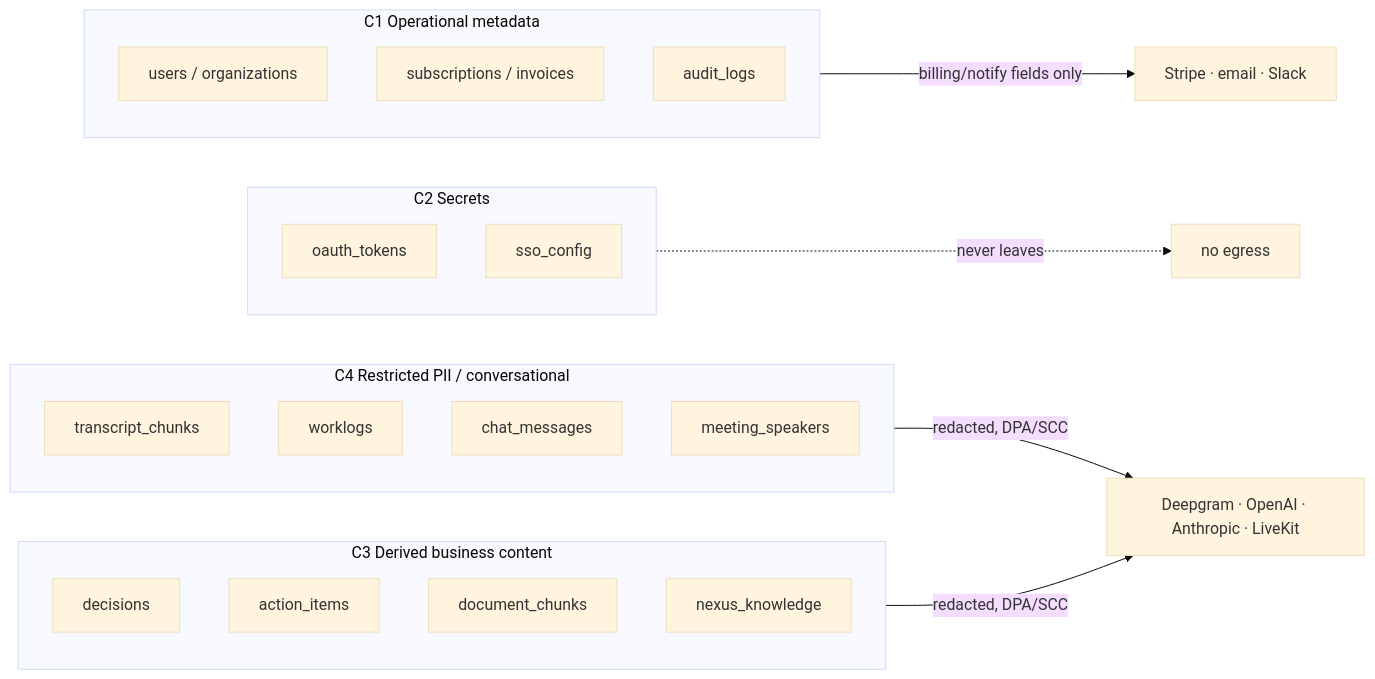
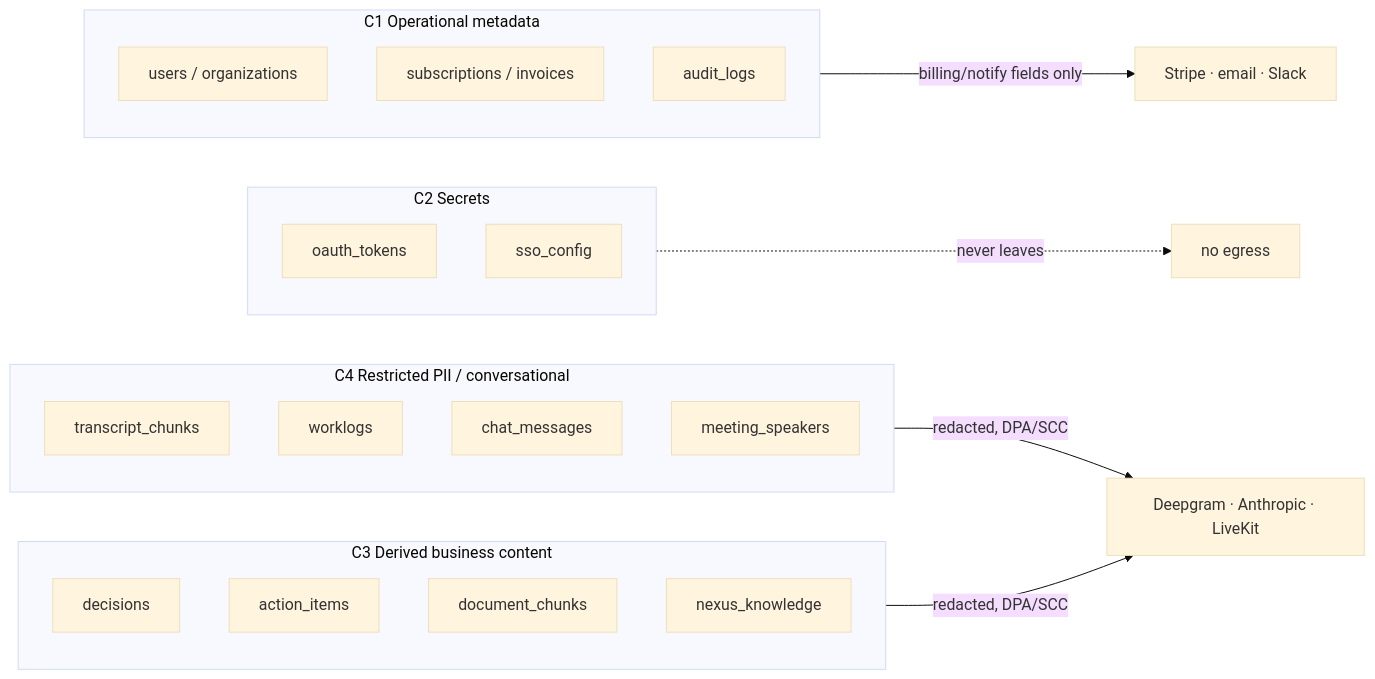
Before and after one commit to Mytheus-AI/mytheus-docs: the first of 8 diagrams in 12-compliance-and-privacy.md, drawn with Mermaid (base theme). The commit also changed other lines of this file and 23 other files, not shown here.

````diff
--- a/12-compliance-and-privacy.md
+++ b/12-compliance-and-privacy.md
@@ -54,19 +54,19 @@
 ```mermaid
 flowchart LR
   subgraph C4["C4 Restricted PII / conversational"]
     TC["transcript_chunks"]; WL["worklogs"]; CM["chat_messages"]; MS["meeting_speakers"]
   end
   subgraph C3["C3 Derived business content"]
     DEC["decisions"]; ACT["action_items"]; DOC["document_chunks"]; AGE["nexus_knowledge"]
   end
   subgraph C2["C2 Secrets"]
     OT["oauth_tokens"]; SSO["sso_config"]
   end
   subgraph C1["C1 Operational metadata"]
     US["users / organizations"]; SUB["subscriptions / invoices"]; AL["audit_logs"]
   end
-  C4 -->|redacted, DPA/SCC| SUBPROC["Deepgram · OpenAI · Anthropic · LiveKit"]
+  C4 -->|redacted, DPA/SCC| SUBPROC["Deepgram · Anthropic · LiveKit"]
   C3 -->|redacted, DPA/SCC| SUBPROC
   C2 -.->|never leaves| X["no egress"]
   C1 -->|billing/notify fields only| STRIPE["Stripe · email · Slack"]
 ```
````
